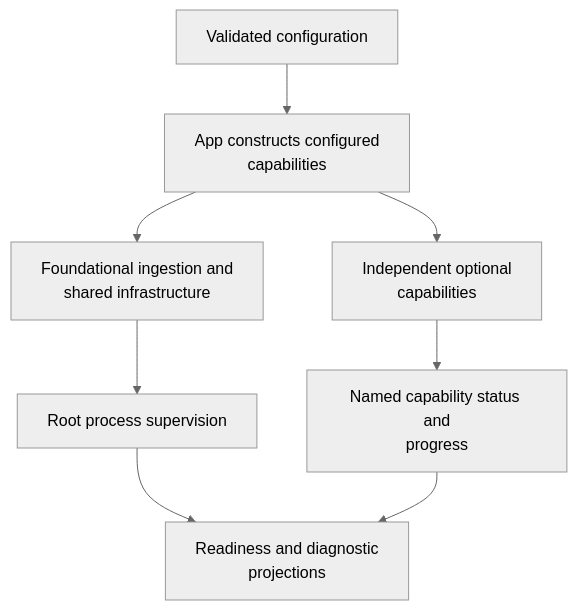
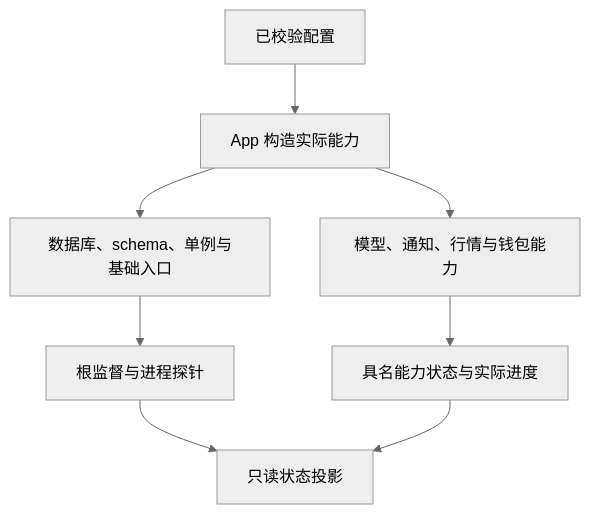
The second of 2 diagrams in docs/modules/platform.md (AnalyThothAI/tracefold), drawn with Mermaid (neutral theme) before and after one commit. The commit also changed other lines of this file and 28 other files, not shown here.

Commit message:
docs: rebuild the Chinese architecture and module handbook

````diff
--- a/docs/modules/platform.md
+++ b/docs/modules/platform.md
@@ -91,10 +64,10 @@
 ```mermaid
 flowchart TD
-    Config["Validated configuration"] --> Compose["App constructs configured<br/>capabilities"]
-    Compose --> Foundation["Foundational ingestion and<br/>shared infrastructure"]
-    Compose --> Optional["Independent optional<br/>capabilities"]
-    Foundation --> Root["Root process supervision"]
-    Optional --> PerCapability["Named capability status and<br/>progress"]
-    Root --> Probe["Readiness and diagnostic<br/>projections"]
-    PerCapability --> Probe
+    Config["已校验配置"] --> Compose["App 构造实际能力"]
+    Compose --> Foundation["数据库、schema、单例与基础入口"]
+    Compose --> Optional["模型、通知、行情与钱包能力"]
+    Foundation --> Root["根监督与进程探针"]
+    Optional --> Status["具名能力状态与实际进度"]
+    Root --> View["只读状态投影"]
+    Status --> View
 ```
````
